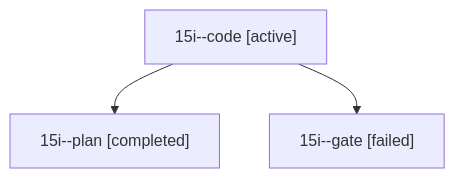
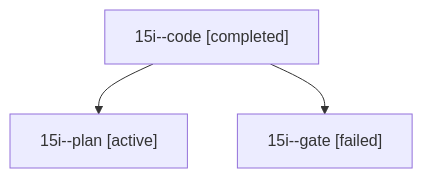
One commit to bobs-org/bob-cli--agents changed the diagram in sessions/bbugyi200.athena.15i.md. Above: the diagram before and after it, drawn with Mermaid. The commit also changed other lines of this file and 36 other files, not shown here.

````diff
--- a/sessions/bbugyi200.athena.15i.md
+++ b/sessions/bbugyi200.athena.15i.md
@@ -9,8 +9,8 @@
 ```mermaid
 flowchart TD
-  n0["15i--code [active]"]
-  n1["15i--plan [completed]"]
+  n0["15i--code [completed]"]
+  n1["15i--plan [active]"]
   n0 --> n1
   n2["15i--gate [failed]"]
   n0 --> n2
 ```
````
